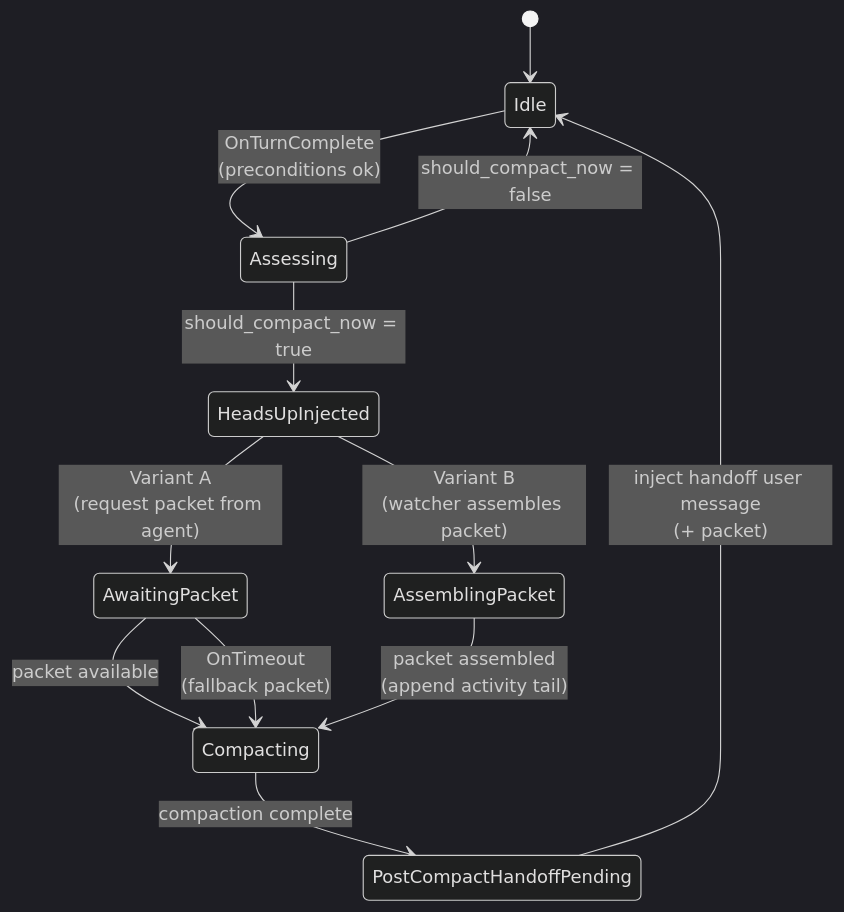
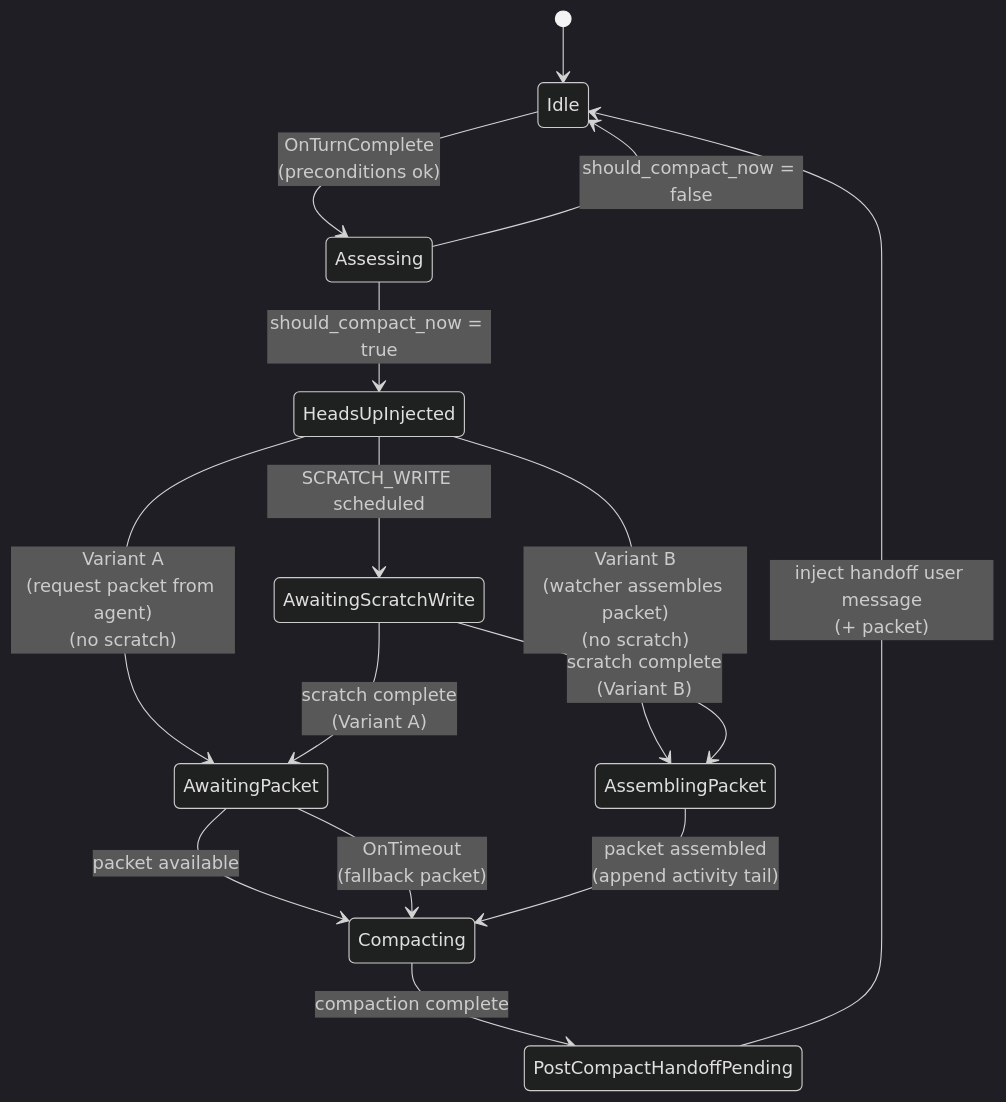
One commit to rawr-ai/codex changed the second of 3 diagrams in rawr/issues/SPEC-rawr-auto-compaction-golden-path-ux.md. Above: the diagram before and after it, drawn with Mermaid (dark theme). The commit also changed other lines of this file and 6 other files, not shown here.

Commit message:
feat(rawr): add scratch pre-compact request

````diff
--- a/rawr/issues/SPEC-rawr-auto-compaction-golden-path-ux.md
+++ b/rawr/issues/SPEC-rawr-auto-compaction-golden-path-ux.md
@@ -285,18 +319,22 @@
 ```mermaid
 stateDiagram-v2
   [*] --> Idle
 
   Idle --> Assessing: OnTurnComplete<br/>(preconditions ok)
   Assessing --> Idle: should_compact_now = false
   Assessing --> HeadsUpInjected: should_compact_now = true
 
-  HeadsUpInjected --> AwaitingPacket: Variant A<br/>(request packet from agent)
-  HeadsUpInjected --> AssemblingPacket: Variant B<br/>(watcher assembles packet)
+  HeadsUpInjected --> AwaitingScratchWrite: SCRATCH_WRITE scheduled
+  HeadsUpInjected --> AwaitingPacket: Variant A<br/>(request packet from agent)<br/>(no scratch)
+  HeadsUpInjected --> AssemblingPacket: Variant B<br/>(watcher assembles packet)<br/>(no scratch)
+
+  AwaitingScratchWrite --> AwaitingPacket: scratch complete<br/>(Variant A)
+  AwaitingScratchWrite --> AssemblingPacket: scratch complete<br/>(Variant B)
 
   AwaitingPacket --> Compacting: packet available
   AwaitingPacket --> Compacting: OnTimeout<br/>(fallback packet)
   AssemblingPacket --> Compacting: packet assembled<br/>(append activity tail)
 
   Compacting --> PostCompactHandoffPending: compaction complete
   PostCompactHandoffPending --> Idle: inject handoff user message<br/>(+ packet)
 ```
````
